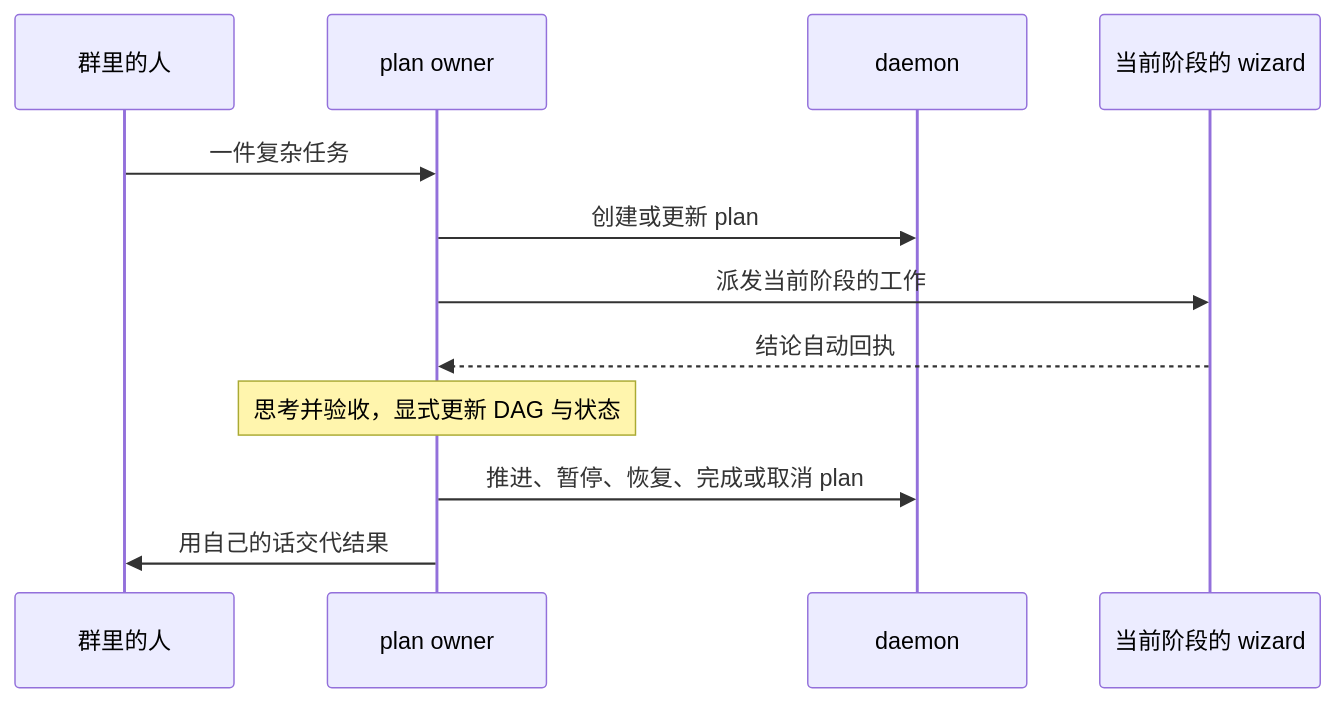
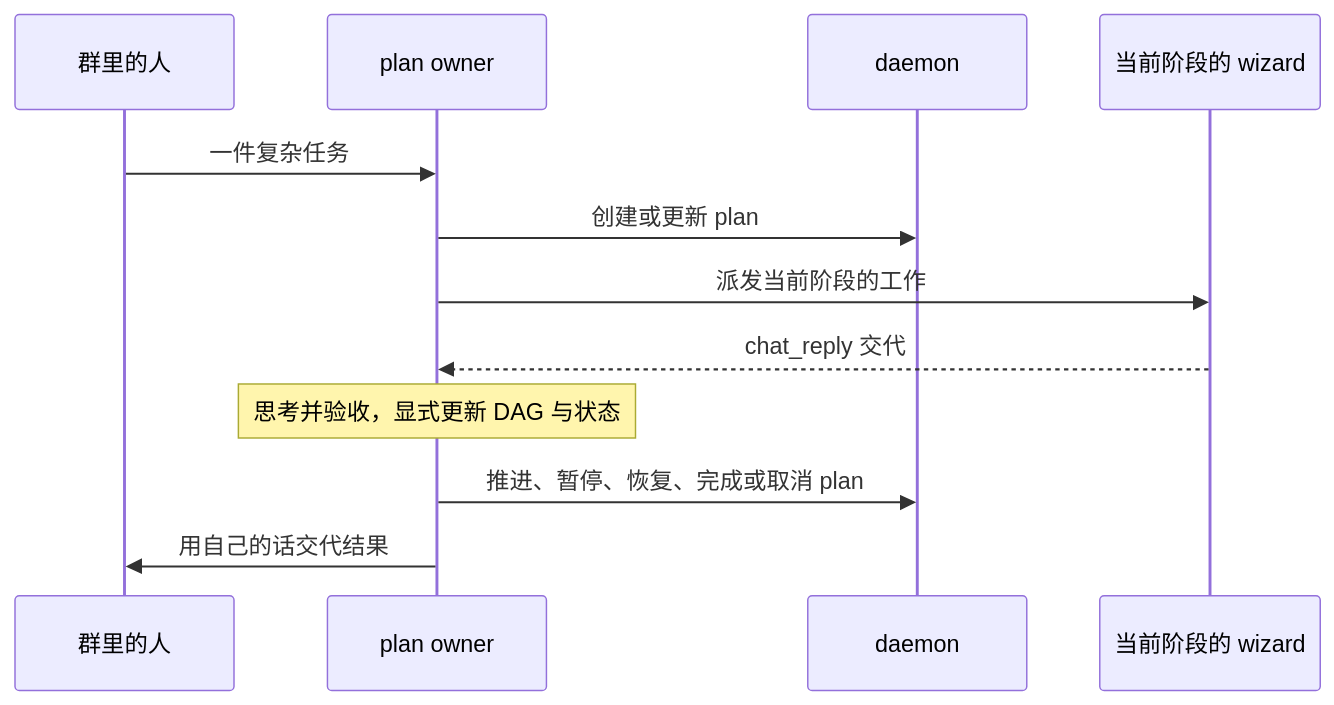
Before and after one commit to guxi11/wezard: the second of 2 diagrams in README.md, drawn with Mermaid. The commit also changed other lines of this file and 3 other files, not shown here.

````diff
--- a/README.md
+++ b/README.md
@@ -202,14 +204,14 @@
 ```mermaid
 sequenceDiagram
     participant U as 群里的人
     participant W as plan owner
     participant D as daemon
     participant K as 当前阶段的 wizard
     U->>W: 一件复杂任务
     W->>D: 创建或更新 plan
     W->>K: 派发当前阶段的工作
-    K-->>W: 结论自动回执
+    K-->>W: chat_reply 交代
     Note over W: 思考并验收，显式更新 DAG 与状态
     W->>D: 推进、暂停、恢复、完成或取消 plan
     W->>U: 用自己的话交代结果
 ```
````
